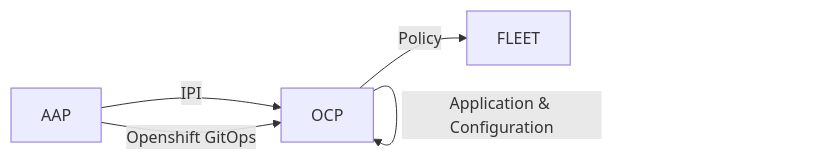
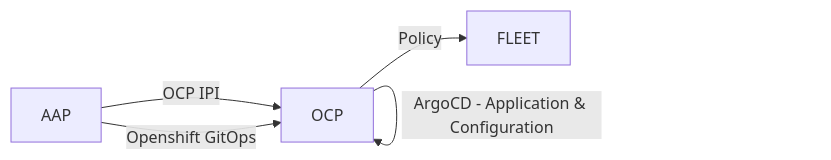
The first of 2 diagrams in docs/design.md (cdoan1/static-site-starter-src), drawn with Mermaid before and after one commit. The commit also changed other lines of this file, not shown here.

````diff
--- a/docs/design.md
+++ b/docs/design.md
@@ -45,7 +45,7 @@
 ```mermaid
 graph LR
-    AAP --> |IPI| OCP
+    AAP --> |OCP IPI| OCP
     AAP --> |Openshift GitOps| OCP
-    OCP --> |Application & Configuration| OCP
+    OCP --> |ArgoCD - Application & Configuration| OCP
     OCP --> |Policy| FLEET
 ```
````
